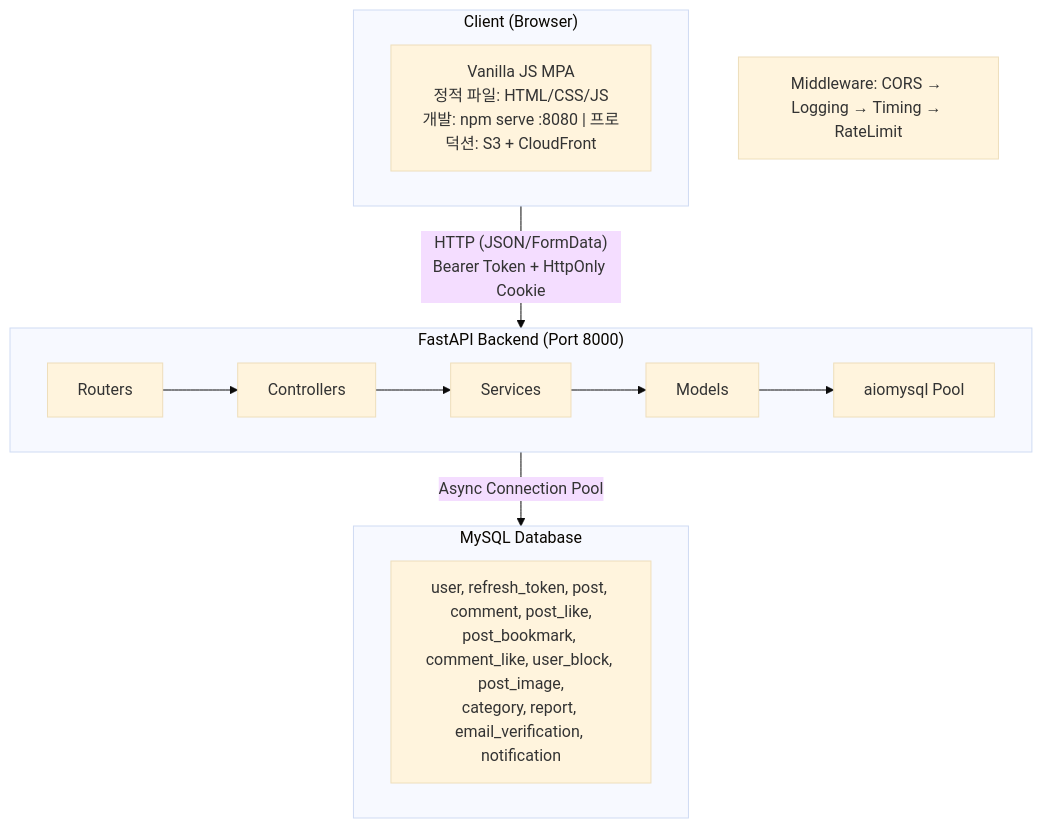
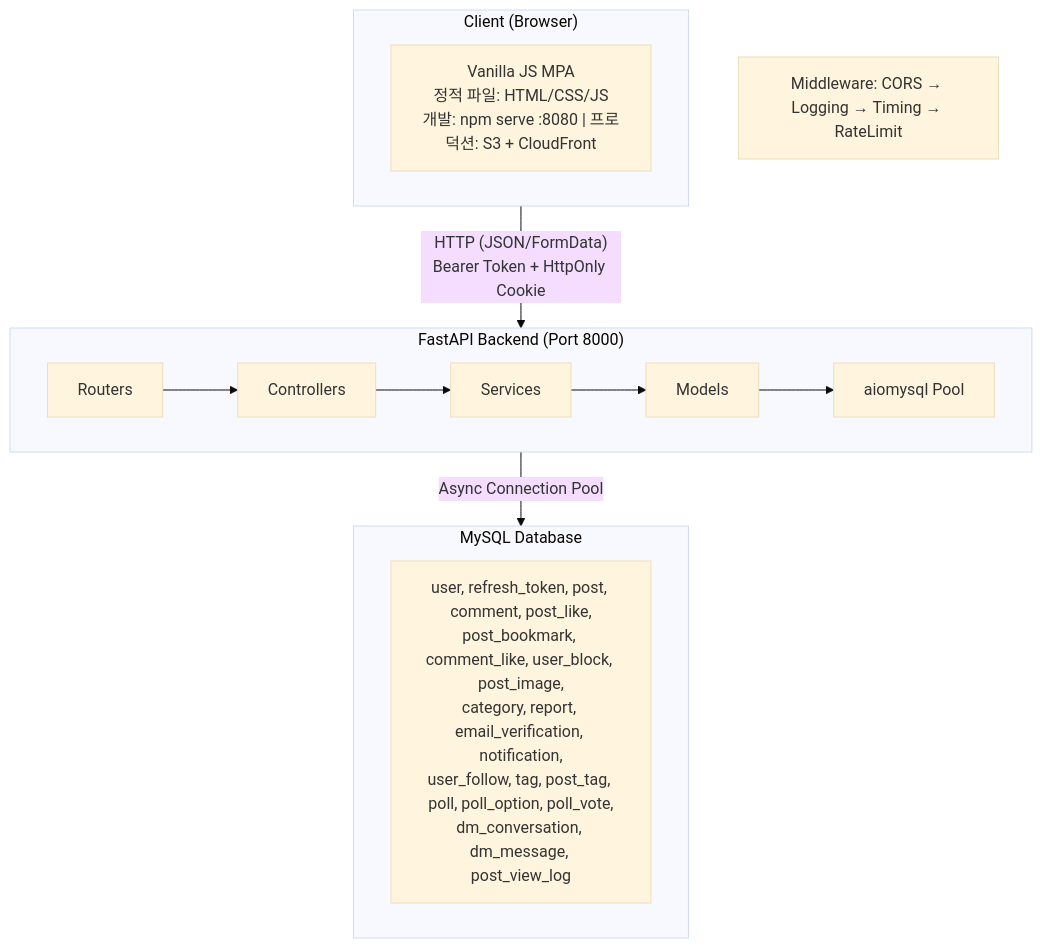
One commit to 80-hours-a-week/2-cho-community-fe changed the first of 3 diagrams in README.md. Above: the diagram before and after it, drawn with Mermaid (base theme). The commit also changed other lines of this file and 19 other files, not shown here.

````diff
--- a/README.md
+++ b/README.md
@@ -50,21 +61,21 @@
 ```mermaid
 flowchart TD
     subgraph Client["Client (Browser)"]
         FE["Vanilla JS MPA<br/>정적 파일: HTML/CSS/JS<br/>개발: npm serve :8080 | 프로덕션: S3 + CloudFront"]
     end
 
     Client -->|"HTTP (JSON/FormData)<br/>Bearer Token + HttpOnly Cookie"| Backend
 
     subgraph Backend["FastAPI Backend (Port 8000)"]
         direction LR
         Routers --> Controllers --> Services --> Models --> Pool["aiomysql Pool"]
     end
 
     note["Middleware: CORS → Logging → Timing → RateLimit"]
 
     Backend -->|"Async Connection Pool"| DB
 
     subgraph DB["MySQL Database"]
-        Tables["user, refresh_token, post, comment, post_like,<br/>post_bookmark, comment_like, user_block, post_image,<br/>category, report, email_verification, notification"]
+        Tables["user, refresh_token, post, comment, post_like,<br/>post_bookmark, comment_like, user_block, post_image,<br/>category, report, email_verification, notification,<br/>user_follow, tag, post_tag, poll, poll_option, poll_vote,<br/>dm_conversation, dm_message, post_view_log"]
     end
 ```
````
